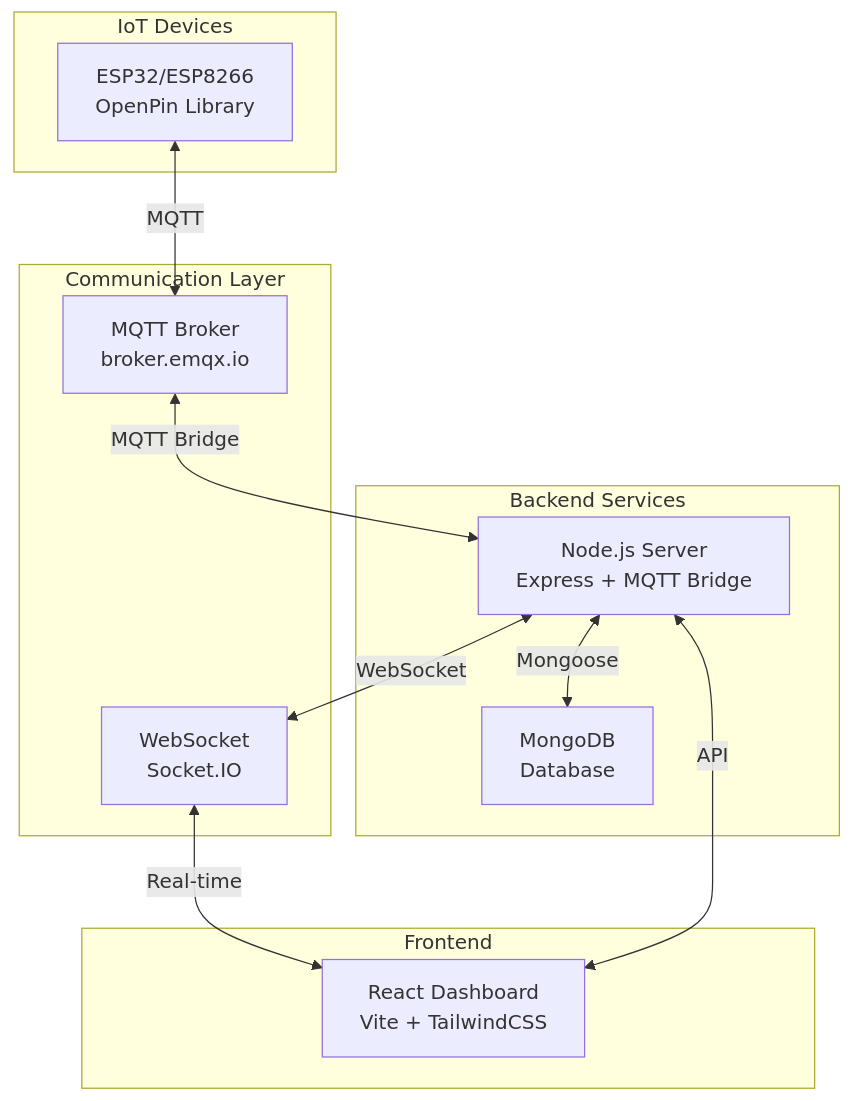
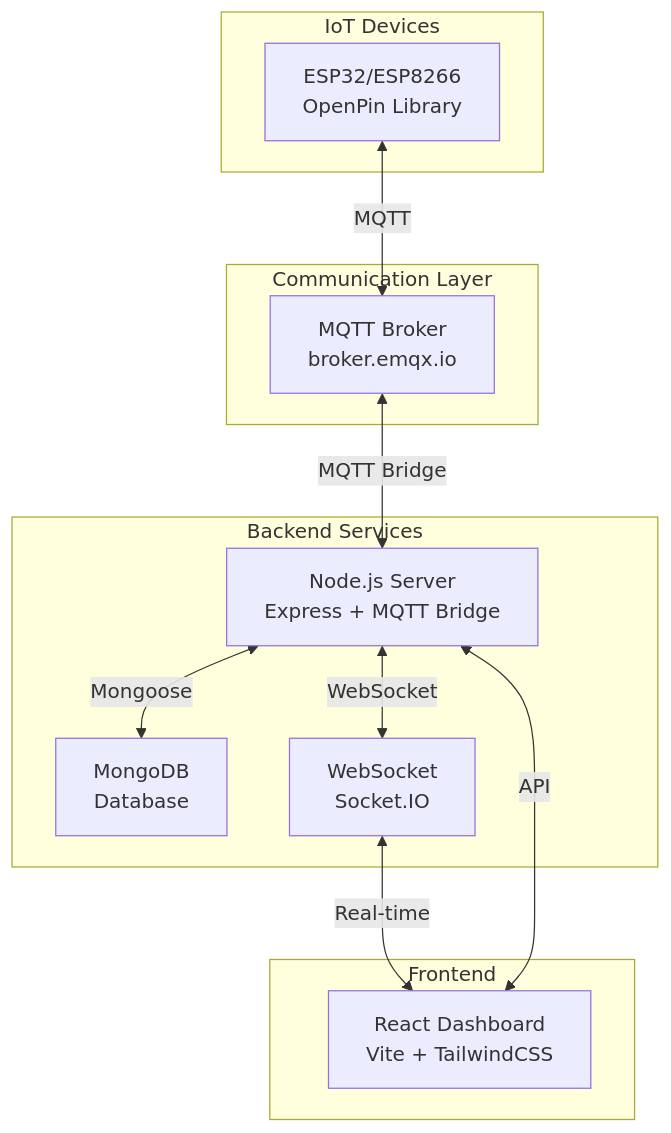
Before and after one commit to ManashR7488/OpenPin-Cloud: the diagram in README.md, drawn with Mermaid.

Commit message:
readmi updated

````diff
--- a/README.md
+++ b/README.md
@@ -84,27 +84,27 @@
 ```mermaid
 graph TB
-    subgraph "IoT Devices"
-        A[ESP32/ESP8266<br/>OpenPin Library]
+    subgraph IoT["IoT Devices"]
+        A["ESP32/ESP8266<br/>OpenPin Library"]
     end
     
-    subgraph "Communication Layer"
-        B[MQTT Broker<br/>broker.emqx.io]
-        C[WebSocket<br/>Socket.IO]
+    subgraph Comm["Communication Layer"]
+        B["MQTT Broker<br/>broker.emqx.io"]      
     end
     
-    subgraph "Backend Services"
-        D[Node.js Server<br/>Express + MQTT Bridge]
-        E[MongoDB<br/>Database]
+    subgraph Backend["Backend Services"]
+        D["Node.js Server<br/>Express + MQTT Bridge"]
+        E["MongoDB<br/>Database"]
+        C["WebSocket<br/>Socket.IO"]
     end
     
-    subgraph "Frontend"
-        F[React Dashboard<br/>Vite + TailwindCSS]
+    subgraph Frontend["Frontend"]
+        F["React Dashboard<br/>Vite + TailwindCSS"]
     end
     
     A <-->|MQTT| B
     B <-->|MQTT Bridge| D
     D <-->|WebSocket| C
     C <-->|Real-time| F
     D <-->|API| F
     D <-->|Mongoose| E
 ```
````
